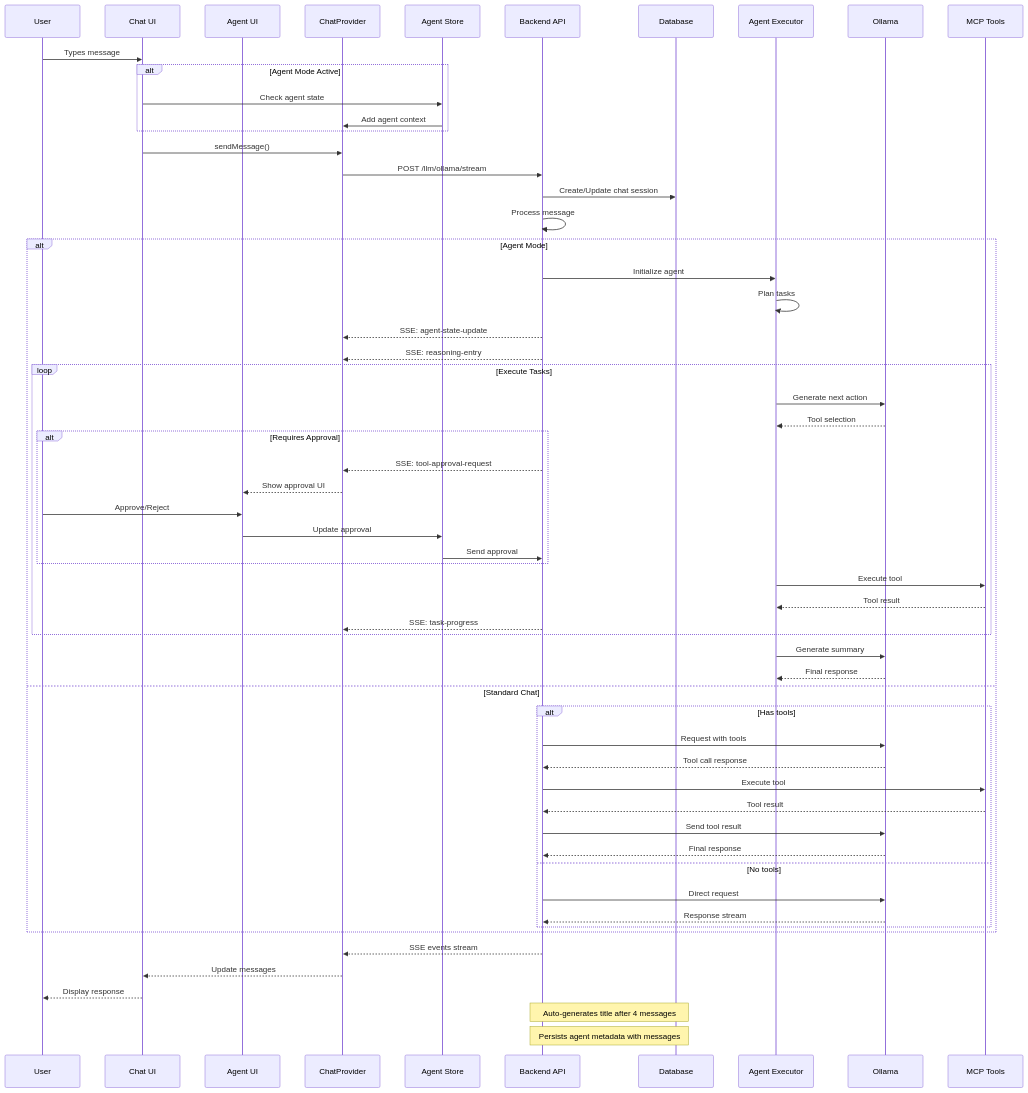
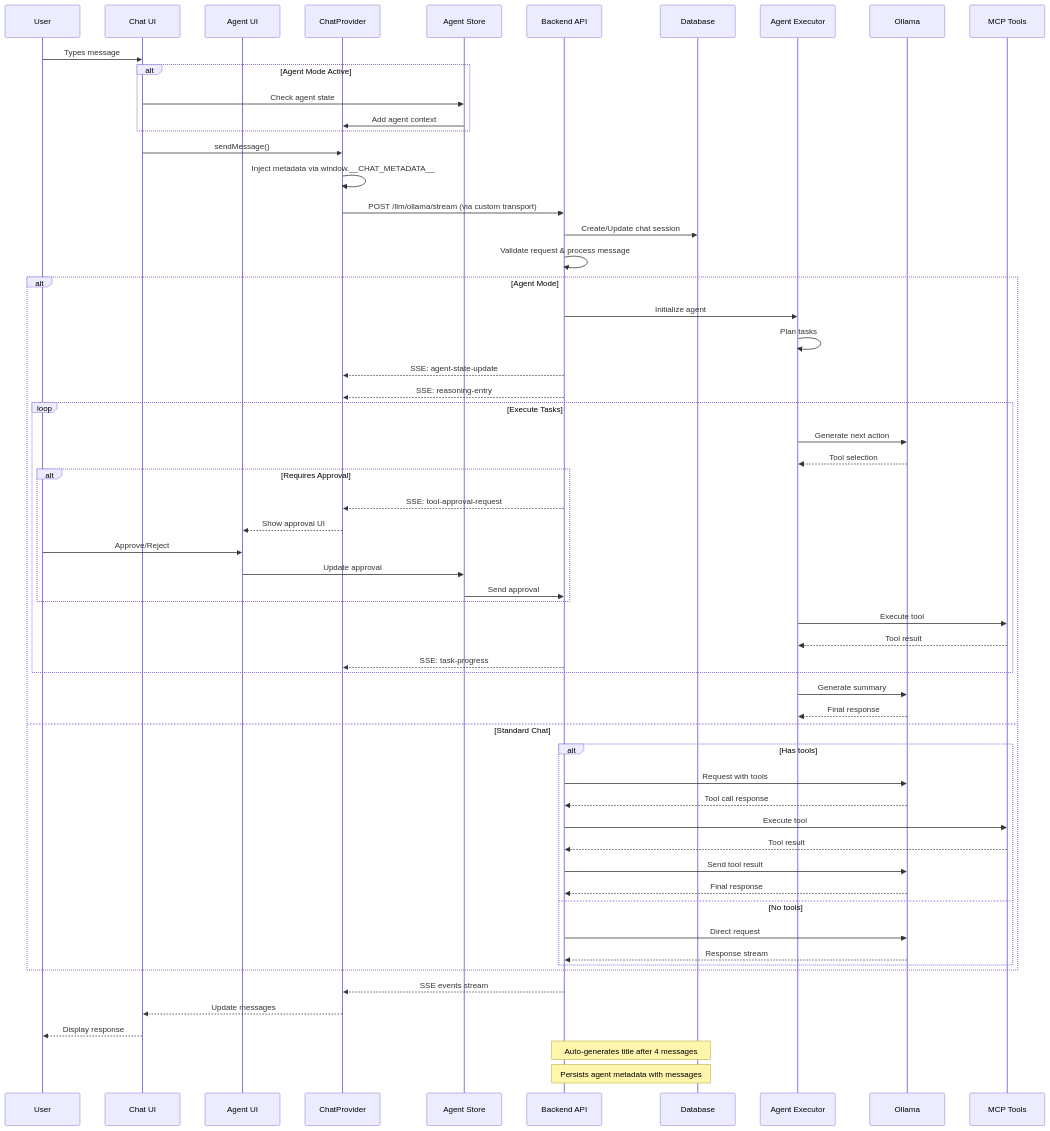
The second of 3 diagrams in desktop/chat-architecture.md (archestra-ai/prototypes), drawn with Mermaid before and after one commit. The commit also changed other lines of this file and 1 other file, not shown here.

First line of the commit message:
docs: update CLAUDE.md and chat-architecture.md to reflect Vercel AI SDK v5 refactor

````diff
--- a/desktop/chat-architecture.md
+++ b/desktop/chat-architecture.md
@@ -64,72 +67,73 @@
 ```mermaid
 sequenceDiagram
     participant User
     participant UI as Chat UI
     participant AUI as Agent UI
     participant CP as ChatProvider
     participant AS as Agent Store
     participant BE as Backend API
     participant DB as Database
     participant AE as Agent Executor
     participant OL as Ollama
     participant MCP as MCP Tools
 
     User->>UI: Types message
 
     alt Agent Mode Active
         UI->>AS: Check agent state
         AS->>CP: Add agent context
     end
 
     UI->>CP: sendMessage()
-    CP->>BE: POST /llm/ollama/stream
+    CP->>CP: Inject metadata via window.__CHAT_METADATA__
+    CP->>BE: POST /llm/ollama/stream (via custom transport)
 
     BE->>DB: Create/Update chat session
-    BE->>BE: Process message
+    BE->>BE: Validate request & process message
 
     alt Agent Mode
         BE->>AE: Initialize agent
         AE->>AE: Plan tasks
         BE-->>CP: SSE: agent-state-update
         BE-->>CP: SSE: reasoning-entry
 
         loop Execute Tasks
             AE->>OL: Generate next action
             OL-->>AE: Tool selection
 
             alt Requires Approval
                 BE-->>CP: SSE: tool-approval-request
                 CP-->>AUI: Show approval UI
                 User->>AUI: Approve/Reject
                 AUI->>AS: Update approval
                 AS->>BE: Send approval
             end
 
             AE->>MCP: Execute tool
             MCP-->>AE: Tool result
             BE-->>CP: SSE: task-progress
         end
 
         AE->>OL: Generate summary
         OL-->>AE: Final response
     else Standard Chat
         alt Has tools
             BE->>OL: Request with tools
             OL-->>BE: Tool call response
             BE->>MCP: Execute tool
             MCP-->>BE: Tool result
             BE->>OL: Send tool result
             OL-->>BE: Final response
         else No tools
             BE->>OL: Direct request
             OL-->>BE: Response stream
         end
     end
 
     BE-->>CP: SSE events stream
     CP-->>UI: Update messages
     UI-->>User: Display response
 
     Note over BE,DB: Auto-generates title after 4 messages
     Note over BE,DB: Persists agent metadata with messages
 ```
````
